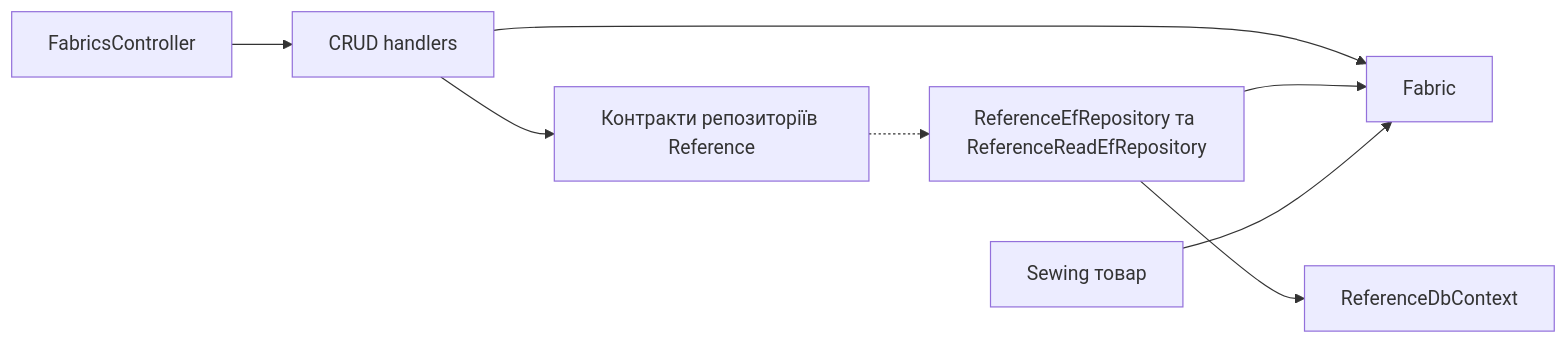
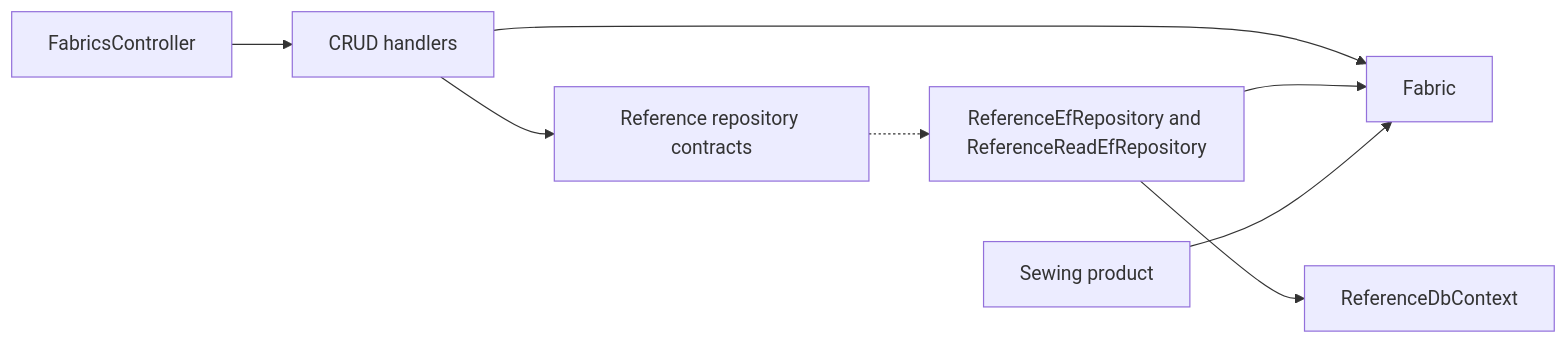
Before and after one commit to Weretik/BreviERP: the diagram in docs/sdd/features/reference/fabrics.md, drawn with Mermaid. The commit also changed other lines of this file and 204 other files, not shown here.

````diff
--- a/docs/sdd/features/reference/fabrics.md
+++ b/docs/sdd/features/reference/fabrics.md
@@ -32,10 +32,10 @@
 ```mermaid
 flowchart LR
     A["FabricsController"] --> B["CRUD handlers"]
     B --> C["Fabric"]
-    B --> D["Контракти репозиторіїв Reference"]
-    D -.-> E["ReferenceEfRepository та ReferenceReadEfRepository"]
+    B --> D["Reference repository contracts"]
+    D -.-> E["ReferenceEfRepository and ReferenceReadEfRepository"]
     E --> F["ReferenceDbContext"]
     E --> C
-    G["Sewing товар"] --> C
+    G["Sewing product"] --> C
 ```
````
